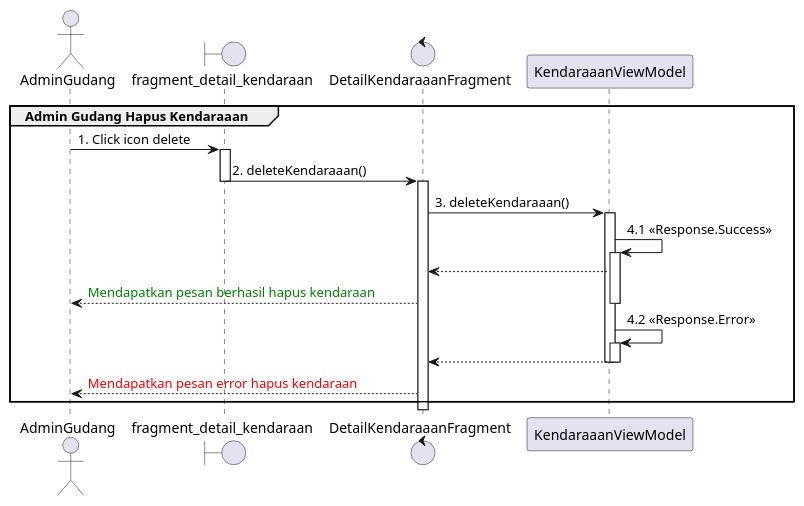
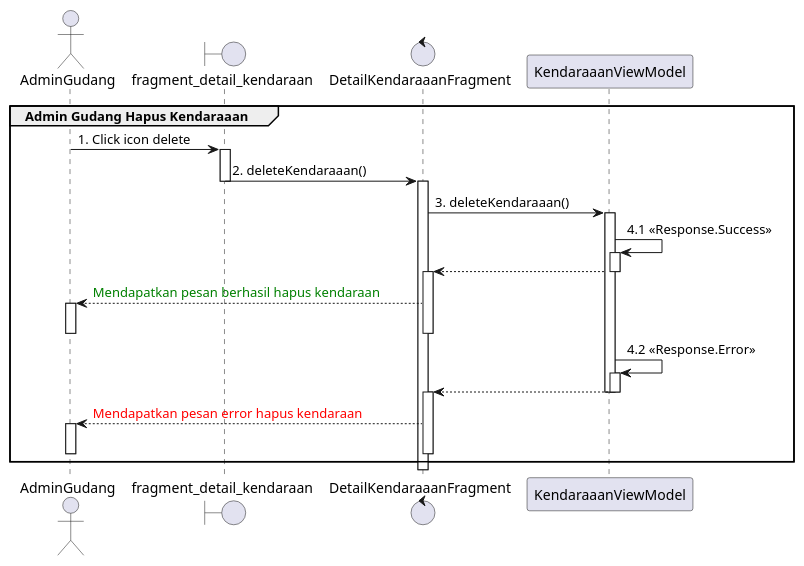
One commit to Pangeranmw/BurdaContractorAndroid changed the diagram in app/src/main/java/com/android/burdacontractor/diagram/sequencediagram/HapusKendaraanSequence.puml. Above: the diagram before and after it, drawn with PlantUML. The commit also changed 33 other files, not shown here.

Commit message:
Sequence Diagram Done

```diff
--- a/app/src/main/java/com/android/burdacontractor/diagram/sequencediagram/HapusKendaraanSequence.puml
+++ b/app/src/main/java/com/android/burdacontractor/diagram/sequencediagram/HapusKendaraanSequence.puml
@@ -1,35 +1,41 @@
 @startuml
 'https://plantuml.com/sequence-diagram
 
 group Admin Gudang Hapus Kendaraaan
     actor       AdminGudang
     boundary    fragment_detail_kendaraan
     control     DetailKendaraaanFragment
 
     AdminGudang -> fragment_detail_kendaraan : 1. Click icon delete
     activate fragment_detail_kendaraan
 
     fragment_detail_kendaraan -> DetailKendaraaanFragment : 2. deleteKendaraaan()
     deactivate fragment_detail_kendaraan
 
     activate DetailKendaraaanFragment
     DetailKendaraaanFragment -> KendaraaanViewModel : 3. deleteKendaraaan()
     activate KendaraaanViewModel
     KendaraaanViewModel -> KendaraaanViewModel : 4.1 <<Response.Success>>
     activate KendaraaanViewModel
     DetailKendaraaanFragment <-- KendaraaanViewModel
+    deactivate KendaraaanViewModel
+    activate DetailKendaraaanFragment
     AdminGudang <-- DetailKendaraaanFragment :  <font color=green>Mendapatkan pesan berhasil hapus kendaraan
-    deactivate KendaraaanViewModel
+    activate AdminGudang
+    deactivate DetailKendaraaanFragment
+    deactivate AdminGudang
 
     KendaraaanViewModel -> KendaraaanViewModel : 4.2 <<Response.Error>>
     activate KendaraaanViewModel
 
     DetailKendaraaanFragment <-- KendaraaanViewModel
 
     deactivate KendaraaanViewModel
     deactivate KendaraaanViewModel
-
+    activate DetailKendaraaanFragment
     AdminGudang <-- DetailKendaraaanFragment : <font color=red>Mendapatkan pesan error hapus kendaraan
-
+    activate AdminGudang
+    deactivate DetailKendaraaanFragment
+    deactivate AdminGudang
 end
 @enduml
```
